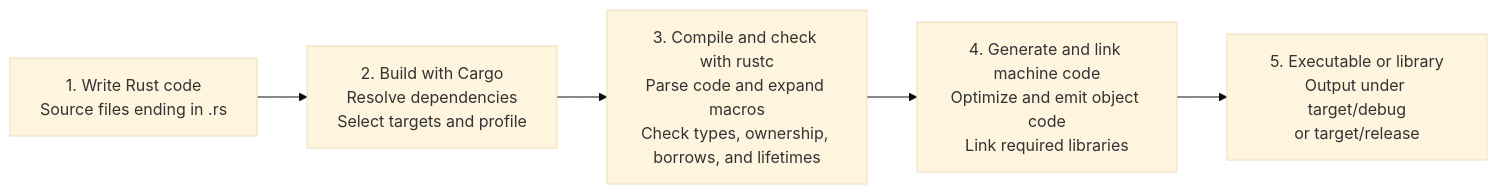
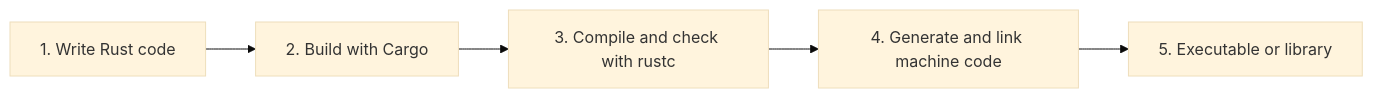
One commit to afnath-ahamed/Rust changed the diagram in Introduction/Overview/README.md. Above: the diagram before and after it, drawn with Mermaid (base theme).

Commit message:
Simplify Rust compilation flowchart

````diff
--- a/Introduction/Overview/README.md
+++ b/Introduction/Overview/README.md
@@ -98,7 +98,7 @@
 ```mermaid
 flowchart LR
-    A["1. Write Rust code<br/>Source files ending in .rs"] --> B["2. Build with Cargo<br/>Resolve dependencies<br/>Select targets and profile"]
-    B --> C["3. Compile and check with rustc<br/>Parse code and expand macros<br/>Check types, ownership, borrows, and lifetimes"]
-    C --> D["4. Generate and link machine code<br/>Optimize and emit object code<br/>Link required libraries"]
-    D --> E["5. Executable or library<br/>Output under target/debug<br/>or target/release"]
+    A["1. Write Rust code"] --> B["2. Build with Cargo"]
+    B --> C["3. Compile and check with rustc"]
+    C --> D["4. Generate and link machine code"]
+    D --> E["5. Executable or library"]
 ```
````
